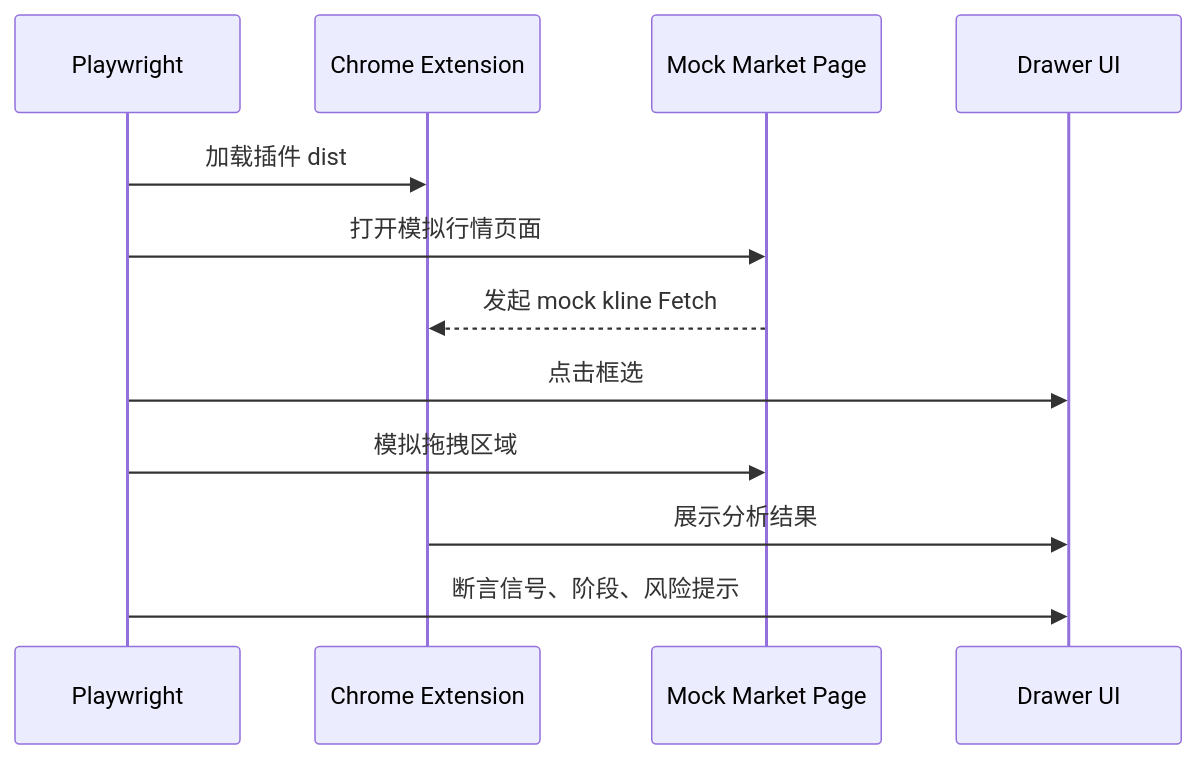
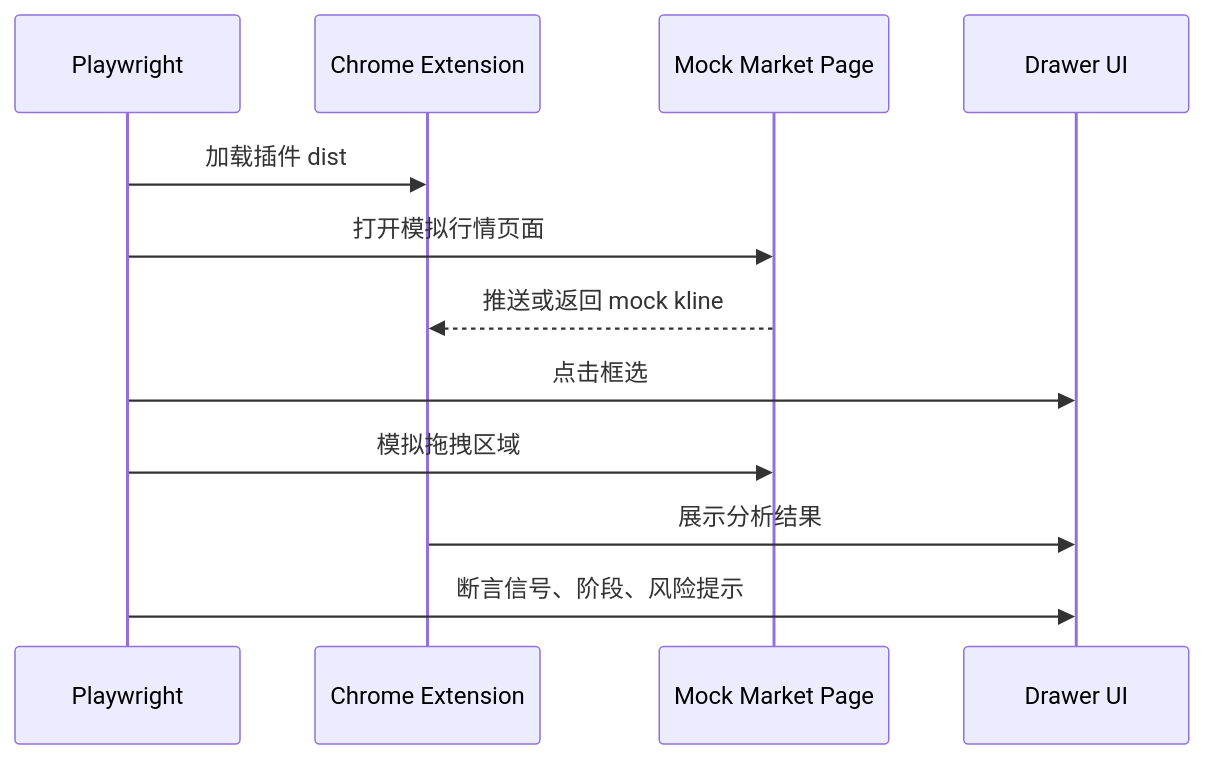
The second of 2 diagrams in docs/spec/07_测试验收_性能与兼容性方案.md (LanShiLiang/Chrome_K_line_analyzer), drawn with Mermaid before and after one commit. The commit also changed other lines of this file and 9 other files, not shown here.

````diff
--- a/docs/spec/07_测试验收_性能与兼容性方案.md
+++ b/docs/spec/07_测试验收_性能与兼容性方案.md
@@ -40,14 +40,14 @@
 ```mermaid
 sequenceDiagram
     participant Test as Playwright
     participant Chrome as Chrome Extension
     participant Page as Mock Market Page
     participant UI as Drawer UI
     Test->>Chrome: 加载插件 dist
     Test->>Page: 打开模拟行情页面
-    Page-->>Chrome: 发起 mock kline Fetch
+    Page-->>Chrome: 推送或返回 mock kline
     Test->>UI: 点击框选
     Test->>Page: 模拟拖拽区域
     Chrome->>UI: 展示分析结果
     Test->>UI: 断言信号、阶段、风险提示
 ```
````
